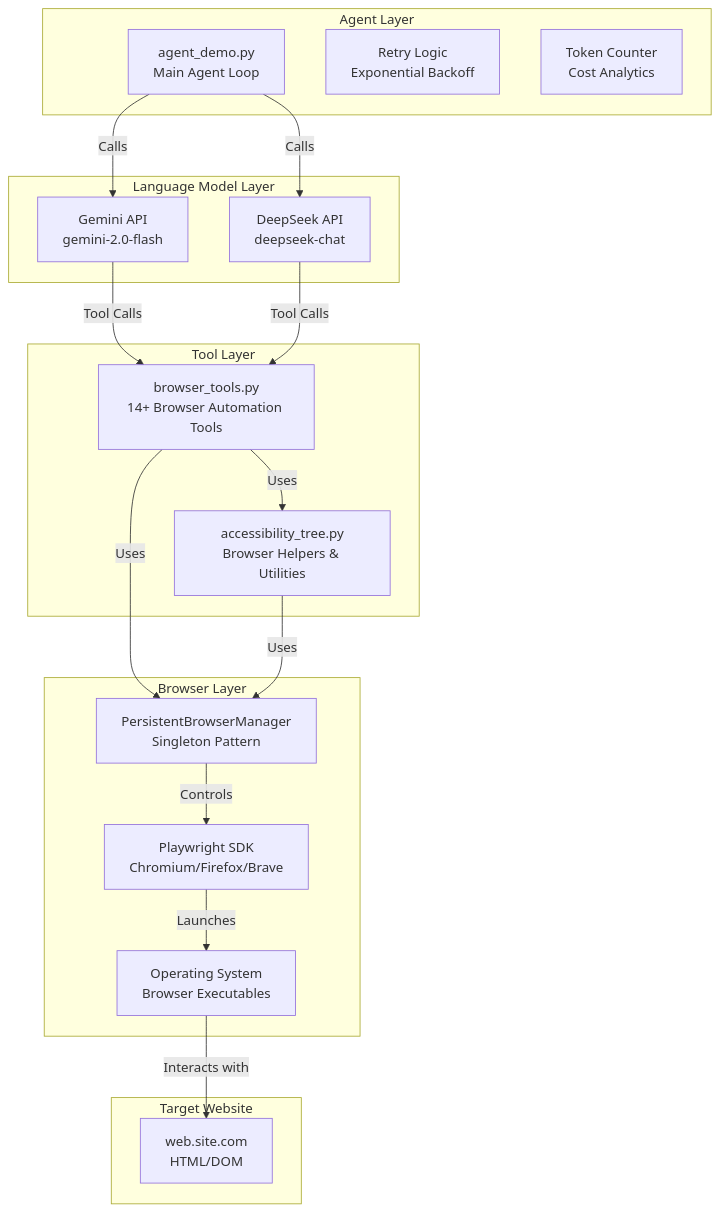
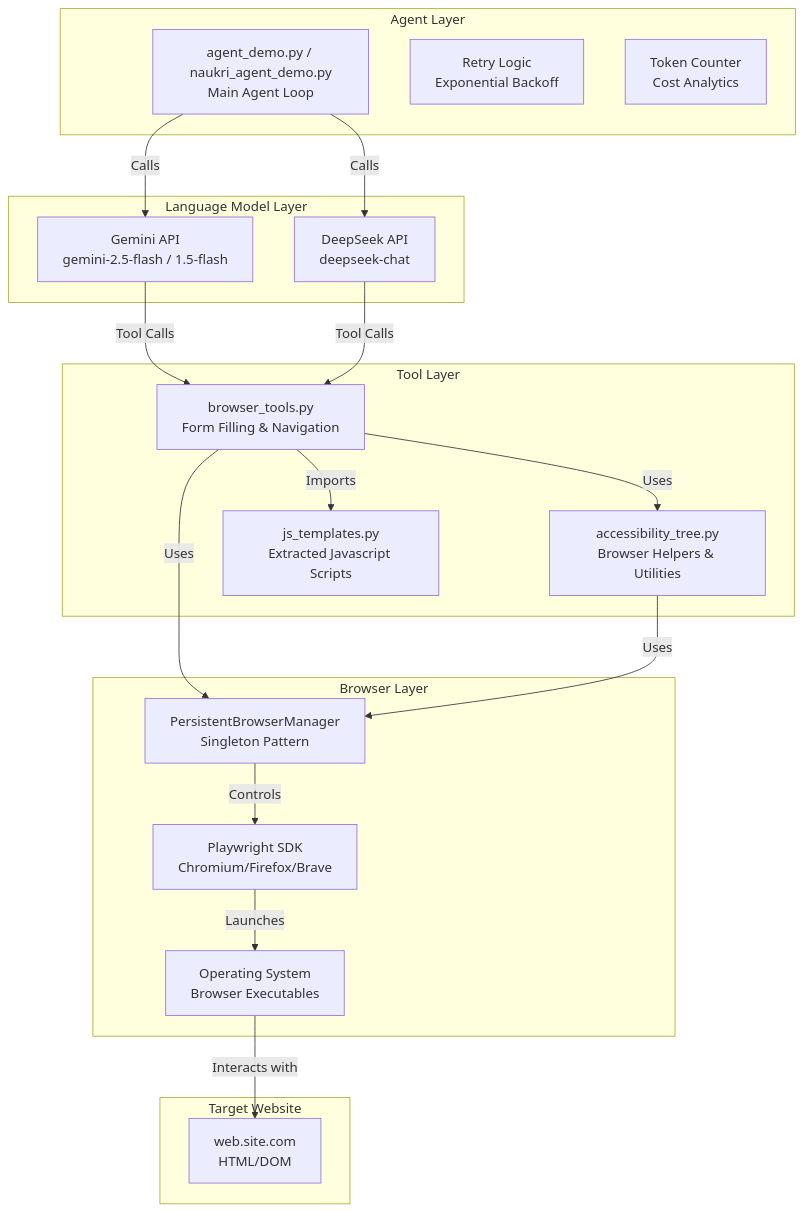
Before and after one commit to netosis/resume_automator: the first of 4 diagrams in browser_agent/code_explanation/ARCHITECTURE.md, drawn with Mermaid. The commit also changed other lines of this file and 1 other file, not shown here.

Commit message:
updated mermaid charts and info trees

````diff
--- a/browser_agent/code_explanation/ARCHITECTURE.md
+++ b/browser_agent/code_explanation/ARCHITECTURE.md
@@ -9,39 +9,41 @@
 ```mermaid
 graph TB
     subgraph Agent["Agent Layer"]
-        AgentDemo["agent_demo.py<br/>Main Agent Loop"]
+        AgentDemo["agent_demo.py / naukri_agent_demo.py<br/>Main Agent Loop"]
         RetryLogic["Retry Logic<br/>Exponential Backoff"]
         TokenTracking["Token Counter<br/>Cost Analytics"]
     end
     
     subgraph LLM["Language Model Layer"]
-        Gemini["Gemini API<br/>gemini-2.0-flash"]
+        Gemini["Gemini API<br/>gemini-2.5-flash / 1.5-flash"]
         DeepSeek["DeepSeek API<br/>deepseek-chat"]
     end
     
     subgraph Tools["Tool Layer"]
-        BrowserTools["browser_tools.py<br/>14+ Browser Automation Tools"]
+        BrowserTools["browser_tools.py<br/>Form Filling & Navigation"]
         AccessibilityTools["accessibility_tree.py<br/>Browser Helpers & Utilities"]
+        JSTemplates["js_templates.py<br/>Extracted Javascript Scripts"]
     end
     
     subgraph Browser["Browser Layer"]
         PersistentMgr["PersistentBrowserManager<br/>Singleton Pattern"]
         Playwright["Playwright SDK<br/>Chromium/Firefox/Brave"]
         OS["Operating System<br/>Browser Executables"]
     end
     
     subgraph Target["Target Website"]
         Website["web.site.com<br/>HTML/DOM"]
     end
     
     AgentDemo -->|Calls| Gemini
     AgentDemo -->|Calls| DeepSeek
     Gemini -->|Tool Calls| BrowserTools
     DeepSeek -->|Tool Calls| BrowserTools
     BrowserTools -->|Uses| AccessibilityTools
     BrowserTools -->|Uses| PersistentMgr
+    BrowserTools -->|Imports| JSTemplates
     AccessibilityTools -->|Uses| PersistentMgr
     PersistentMgr -->|Controls| Playwright
     Playwright -->|Launches| OS
     OS -->|Interacts with| Website
 ```
````
